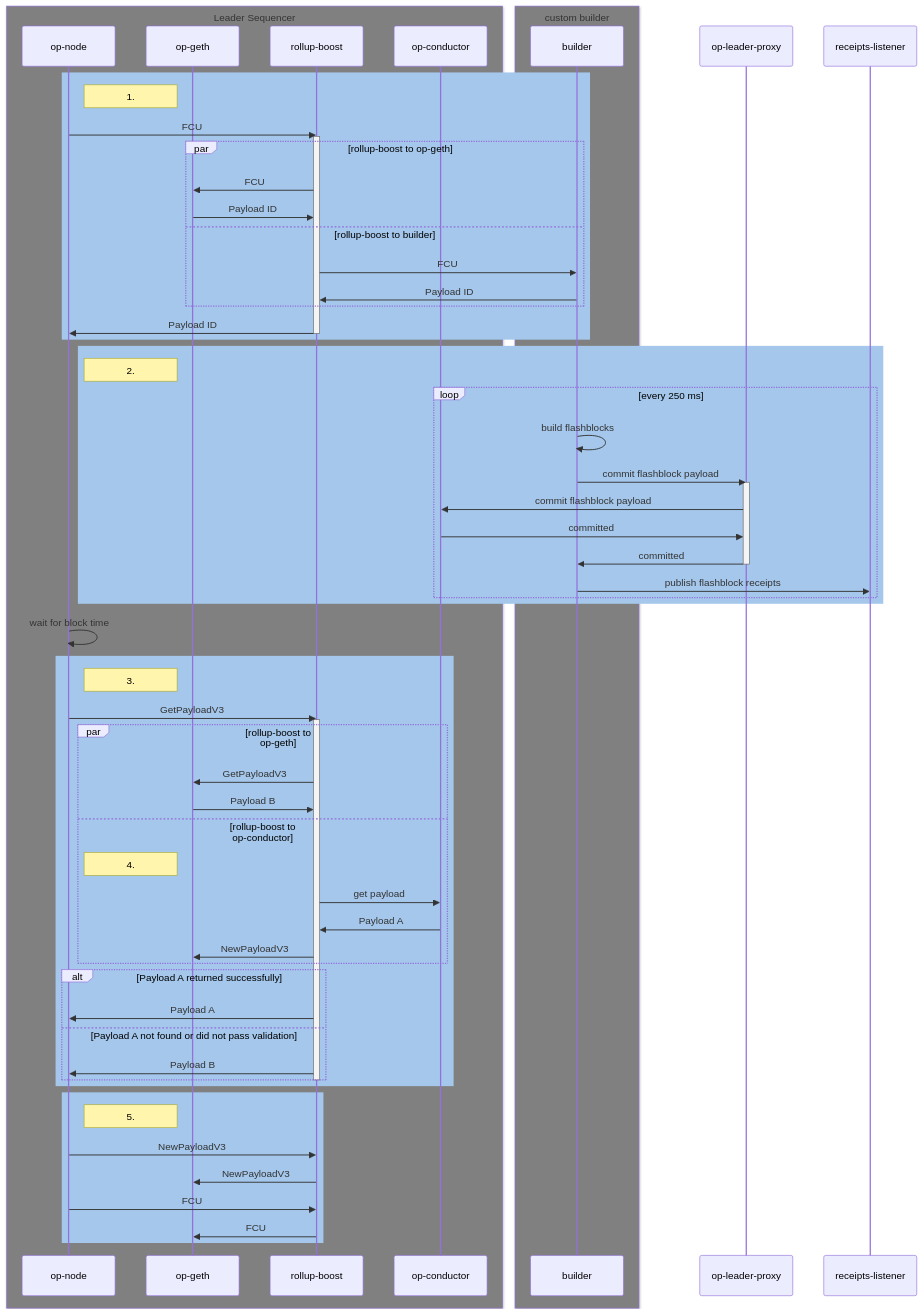
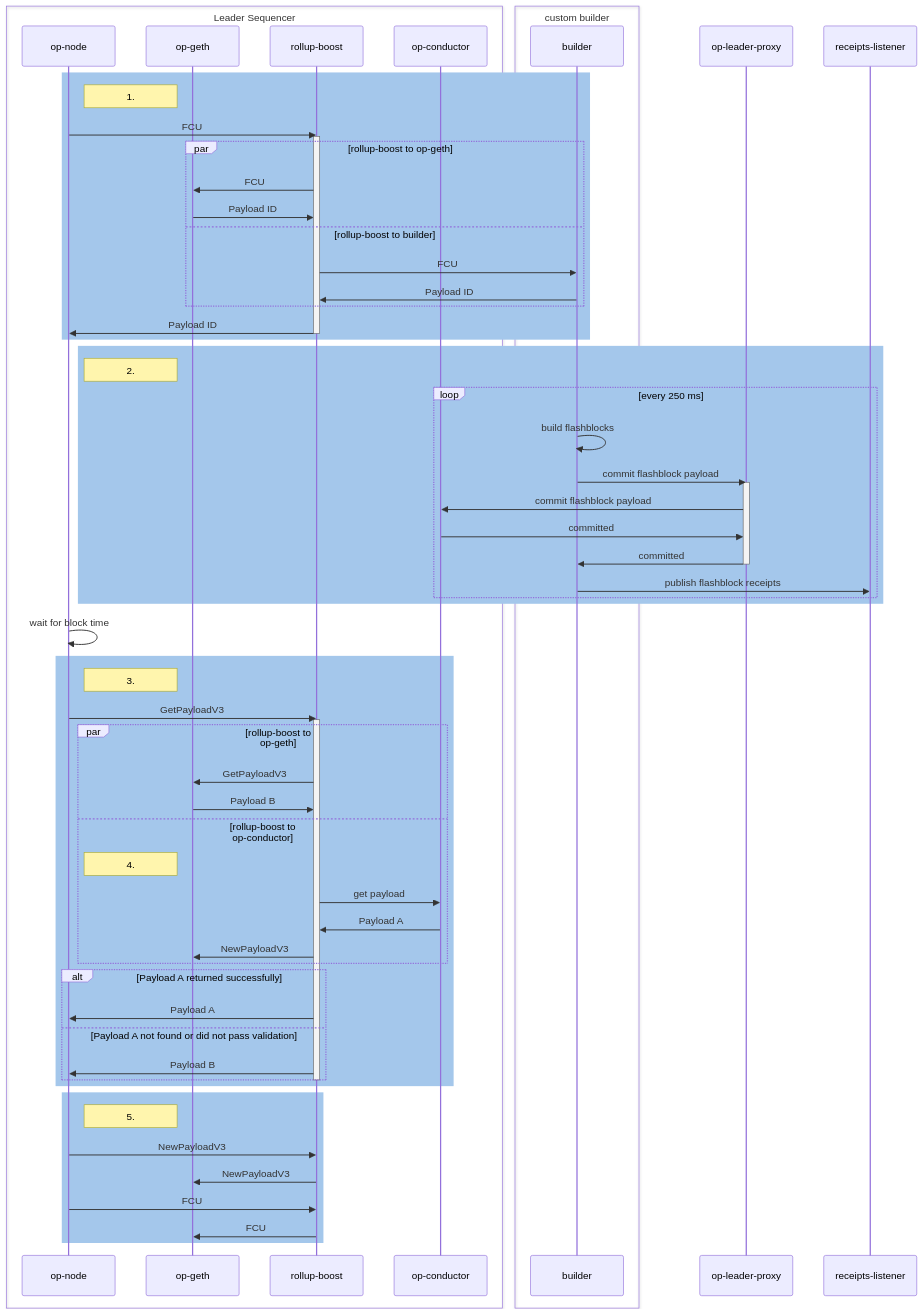
The diagram in docs/block-production.md (0x00101010/tests), drawn with Mermaid before and after one commit.

Commit message:
Update format

````diff
--- a/docs/block-production.md
+++ b/docs/block-production.md
@@ -1,75 +1,75 @@
 ```mermaid
 sequenceDiagram
-    box grey Leader Sequencer
+    box Leader Sequencer
         participant op-node
         participant op-geth
         participant rollup-boost
         participant op-conductor
     end
-    box grey custom builder
+    box custom builder
         participant builder
     end
     participant op-leader-proxy
     participant receipts-listener
 
     rect rgb(164, 199, 235)
         Note right of op-node: 1.
         op-node ->> rollup-boost: FCU
         activate rollup-boost
             par rollup-boost to op-geth
                 rollup-boost ->> op-geth: FCU
                 op-geth ->> rollup-boost: Payload ID
             and rollup-boost to builder
                 rollup-boost ->> builder: FCU
                 builder ->> rollup-boost: Payload ID
             end
             rollup-boost ->> op-node: Payload ID
         deactivate rollup-boost
     end
 
     rect rgb(164, 199, 235)
         note right of op-node: 2.
         loop every 250 ms
             builder ->> builder: build flashblocks
             builder ->> op-leader-proxy: commit flashblock payload
             activate op-leader-proxy
                 op-leader-proxy ->> op-conductor: commit flashblock payload
                 op-conductor ->> op-leader-proxy: committed
                 op-leader-proxy ->> builder: committed
             deactivate op-leader-proxy
             builder ->> receipts-listener: publish flashblock receipts
         end
     end
 
     op-node ->> op-node: wait for block time
 
     rect rgb(164, 199, 235)
         note right of op-node: 3.
         op-node ->> rollup-boost: GetPayloadV3
         activate rollup-boost
             par rollup-boost to op-geth
                 rollup-boost ->> op-geth: GetPayloadV3
                 op-geth ->> rollup-boost: Payload B
             and rollup-boost to op-conductor
                 note left of op-geth: 4. 
                 rollup-boost ->> op-conductor: get payload
                 op-conductor ->> rollup-boost: Payload A
                 rollup-boost ->> op-geth: NewPayloadV3
             end
 
             alt Payload A returned successfully
                 rollup-boost ->> op-node: Payload A
             else Payload A not found or did not pass validation
                 rollup-boost ->> op-node: Payload B
             end
         deactivate rollup-boost
     end
 
     rect rgb(164, 199, 235)
         note right of op-node: 5.
         op-node ->> rollup-boost: NewPayloadV3
         rollup-boost ->> op-geth: NewPayloadV3
         op-node ->> rollup-boost: FCU
         rollup-boost ->> op-geth: FCU
     end
 ```
````
